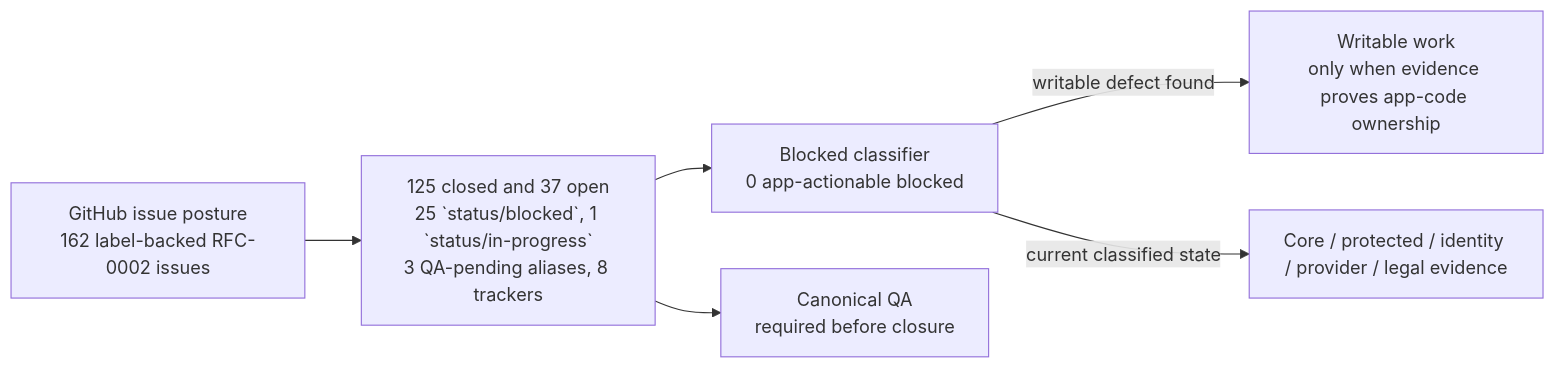
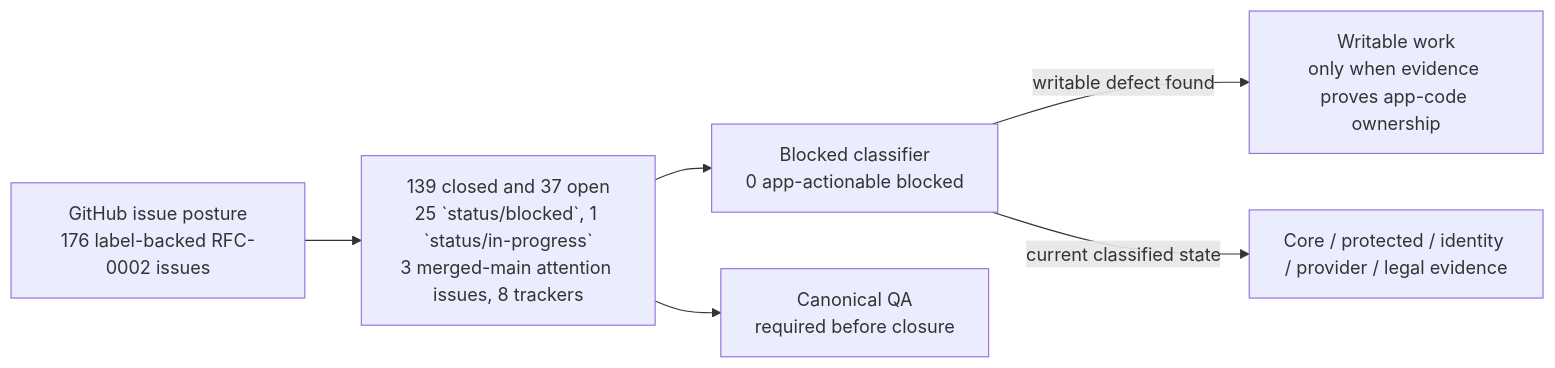
Before and after one commit to sgajbi/lotus-idea: the first of 2 diagrams in wiki/RFC-0002-Execution-Status.md, drawn with Mermaid. The commit also changed other lines of this file and 8 other files, not shown here.

````diff
--- a/wiki/RFC-0002-Execution-Status.md
+++ b/wiki/RFC-0002-Execution-Status.md
@@ -39,15 +39,15 @@
 ```mermaid
 flowchart LR
-    Issues["GitHub issue posture<br/>162 label-backed RFC-0002 issues"]
-    Open["125 closed and 37 open<br/>25 `status/blocked`, 1 `status/in-progress`<br/>3 QA-pending aliases, 8 trackers"]
+    Issues["GitHub issue posture<br/>176 label-backed RFC-0002 issues"]
+    Open["139 closed and 37 open<br/>25 `status/blocked`, 1 `status/in-progress`<br/>3 merged-main attention issues, 8 trackers"]
     Blocked["Blocked classifier<br/>0 app-actionable blocked"]
     Work["Writable work<br/>only when evidence proves app-code ownership"]
     External["Core / protected / identity / provider / legal evidence"]
     QA["Canonical QA<br/>required before closure"]
 
     Issues --> Open
     Open --> Blocked
     Blocked -->|"writable defect found"| Work
     Blocked -->|"current classified state"| External
     Open --> QA
 ```
````
